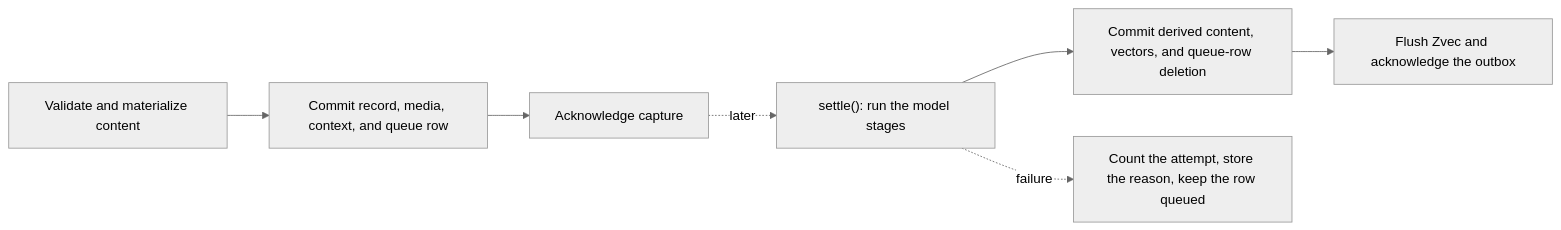
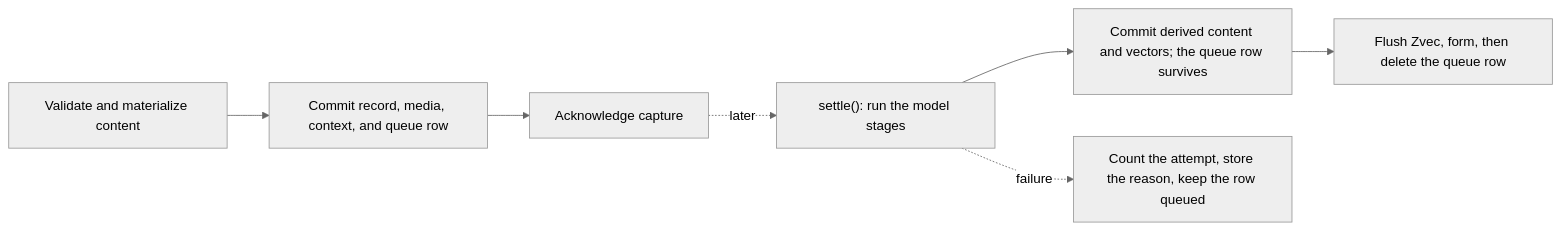
One commit to EventHorizon-Lab/MindBridge changed the second of 3 diagrams in docs/architecture.md. Above: the diagram before and after it, drawn with Mermaid (neutral theme). The commit also changed other lines of this file and 14 other files, not shown here.

````diff
--- a/docs/architecture.md
+++ b/docs/architecture.md
@@ -78,9 +78,9 @@
 ```mermaid
 flowchart LR
     input["Validate and materialize content"] --> commit["Commit record, media, context, and queue row"]
     commit --> ack["Acknowledge capture"]
     ack -. later .-> settle["settle(): run the model stages"]
-    settle --> derived["Commit derived content, vectors, and queue-row deletion"]
-    derived --> zvec["Flush Zvec and acknowledge the outbox"]
+    settle --> derived["Commit derived content and vectors; the queue row survives"]
+    derived --> zvec["Flush Zvec, form, then delete the queue row"]
     settle -. failure .-> queued["Count the attempt, store the reason, keep the row queued"]
 ```
````
